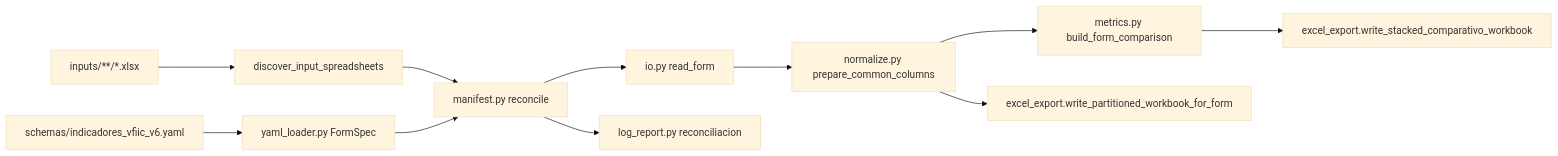
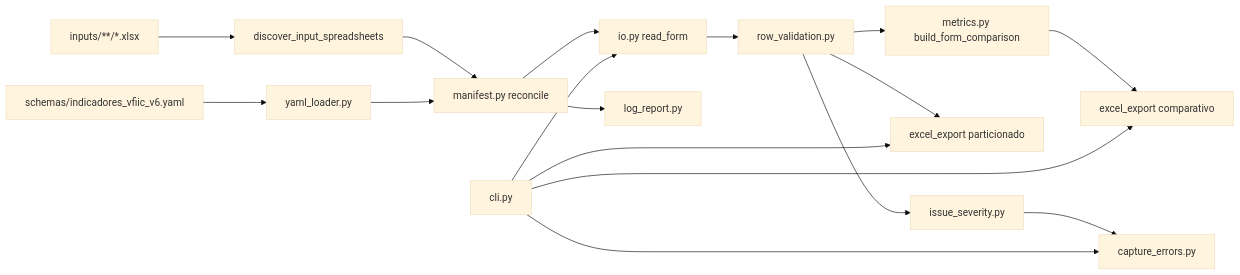
One commit to jesusrloza/vfiic-kpis-operativos changed the first of 2 diagrams in docs/arquitectura.md. Above: the diagram before and after it, drawn with Mermaid (base theme). The commit also changed other lines of this file and 30 other files, not shown here.

First line of the commit message:
Update error handling and documentation for capture validation

````diff
--- a/docs/arquitectura.md
+++ b/docs/arquitectura.md
@@ -29,13 +29,19 @@
 ```mermaid
 flowchart LR
-  yaml["schemas/indicadores_vfiic_v6.yaml"] --> loader["yaml_loader.py FormSpec"]
+  yaml["schemas/indicadores_vfiic_v6.yaml"] --> loader["yaml_loader.py"]
   inputDir["inputs/**/*.xlsx"] --> discover["discover_input_spreadsheets"]
   discover --> manifest["manifest.py reconcile"]
   loader --> manifest
   manifest --> reader["io.py read_form"]
-  reader --> normalize["normalize.py prepare_common_columns"]
-  normalize --> metrics["metrics.py build_form_comparison"]
-  normalize --> partWriter["excel_export.write_partitioned_workbook_for_form"]
-  metrics --> stackWriter["excel_export.write_stacked_comparativo_workbook"]
-  manifest --> logs["log_report.py reconciliacion"]
+  reader --> validate["row_validation.py"]
+  validate --> metrics["metrics.py build_form_comparison"]
+  validate --> partWriter["excel_export particionado"]
+  metrics --> stackWriter["excel_export comparativo"]
+  validate --> severity["issue_severity.py"]
+  severity --> errors["capture_errors.py"]
+  manifest --> logs["log_report.py"]
+  cli["cli.py"] --> reader
+  cli --> stackWriter
+  cli --> partWriter
+  cli --> errors
 ```
````
